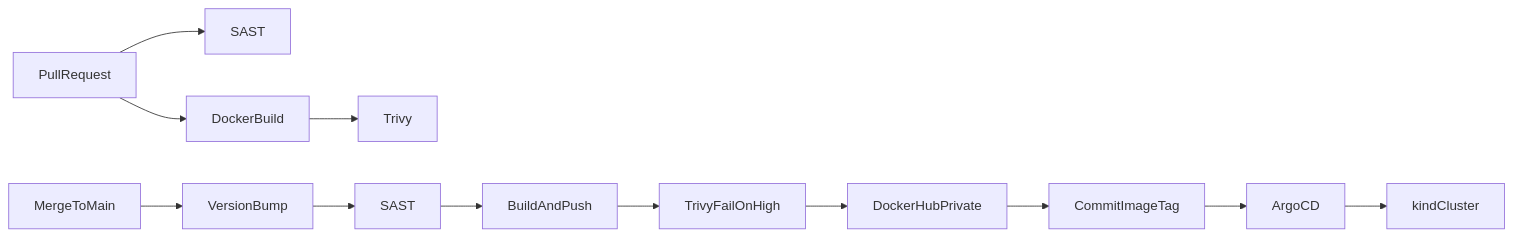
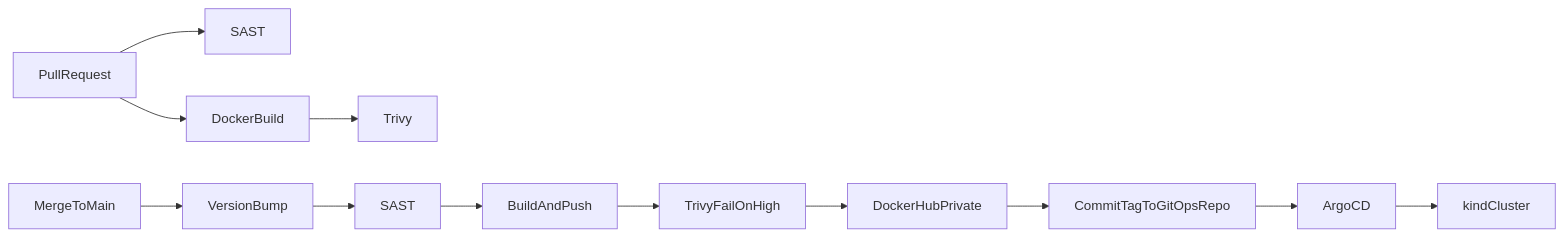
The diagram in README.md (eliranbt-commits/sample-nodejs), drawn with Mermaid before and after one commit. The commit also changed other lines of this file and 4 other files, not shown here.

````diff
--- a/README.md
+++ b/README.md
@@ -44,14 +47,14 @@
 ```mermaid
 flowchart LR
   pr[PullRequest] --> sast[SAST]
   pr --> buildPr[DockerBuild]
   buildPr --> trivyPr[Trivy]
   main[MergeToMain] --> bump[VersionBump]
   bump --> sastMain[SAST]
   sastMain --> build[BuildAndPush]
   build --> trivy[TrivyFailOnHigh]
   trivy --> hub[DockerHubPrivate]
-  hub --> gitops[CommitImageTag]
+  hub --> gitops[CommitTagToGitOpsRepo]
   gitops --> argo[ArgoCD]
   argo --> k8s[kindCluster]
 ```
````
